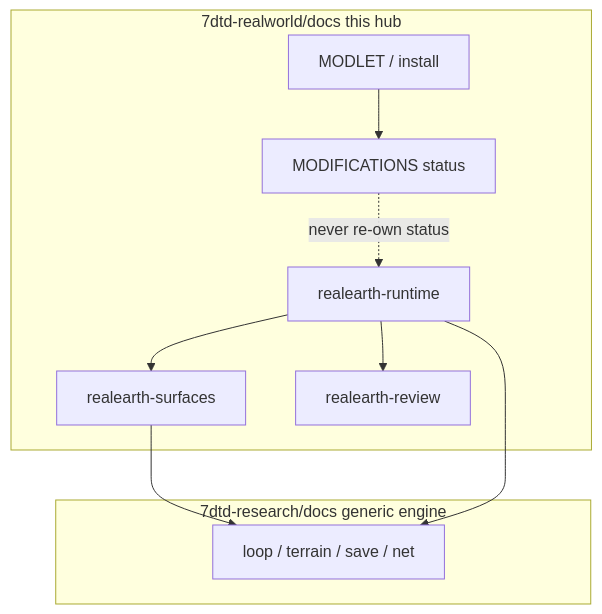
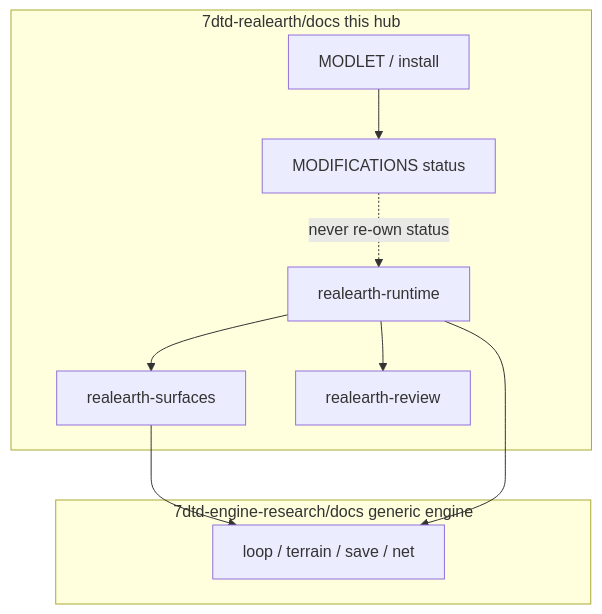
Before and after one commit to hordeforge/7dtd-realearth: the diagram in docs/INDEX.md, drawn with Mermaid. The commit also changed other lines of this file and 25 other files, not shown here.

````diff
--- a/docs/INDEX.md
+++ b/docs/INDEX.md
@@ -9,19 +9,19 @@
 ```mermaid
 flowchart TB
-  subgraph product["7dtd-realworld/docs this hub"]
+  subgraph product["7dtd-realearth/docs this hub"]
     OP[MODLET / install]
     ST[MODIFICATIONS status]
     RT[realearth-runtime]
     SF[realearth-surfaces]
     RV[realearth-review]
     OP --> ST
     RT --> SF
     RT --> RV
   end
-  subgraph research["7dtd-research/docs generic engine"]
+  subgraph research["7dtd-engine-research/docs generic engine"]
     RE[loop / terrain / save / net]
   end
   ST -.->|never re-own status| RT
   SF --> RE
   RT --> RE
 ```
````
